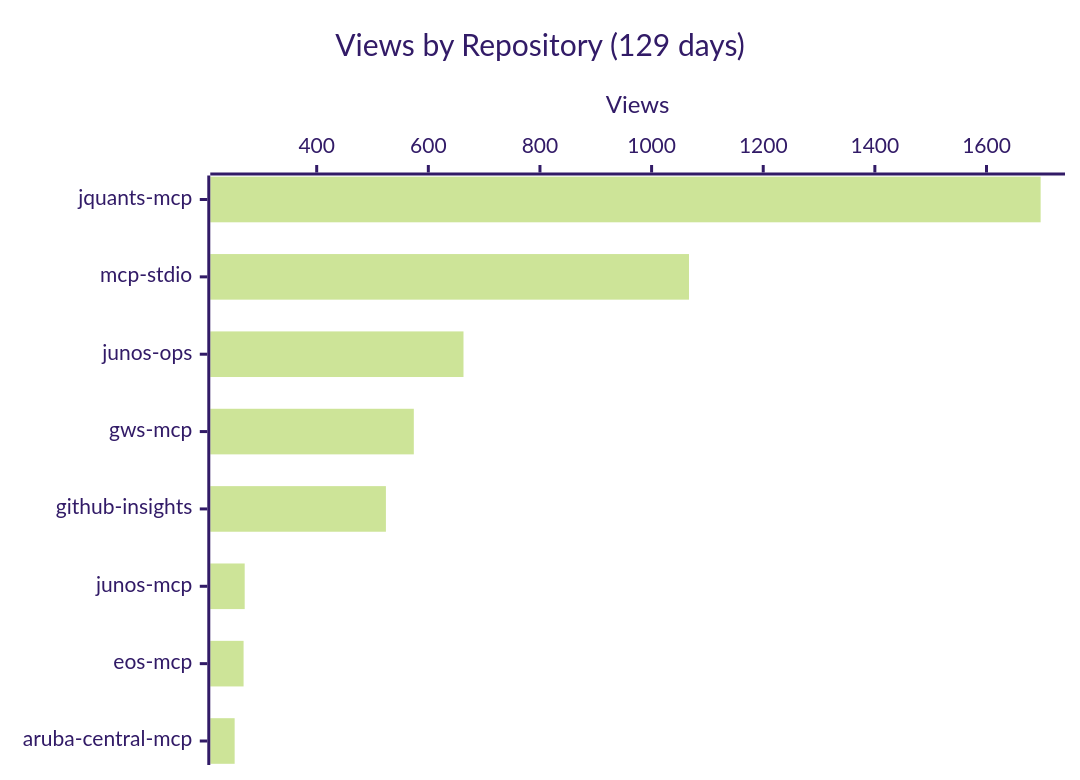
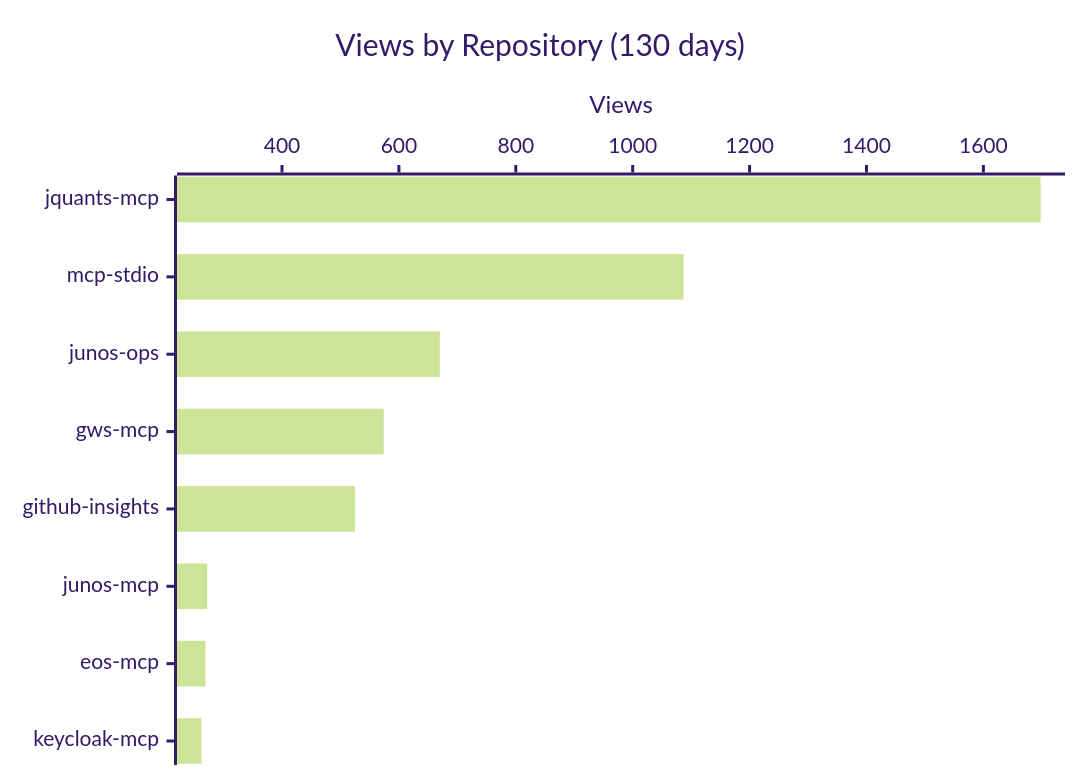
Before and after one commit to shigechika/github-insights: the first of 4 diagrams in README.md, drawn with Mermaid (forest theme). The commit also changed other lines of this file and 2 other files, not shown here.

````diff
--- a/README.md
+++ b/README.md
@@ -18,7 +18,7 @@
 ```mermaid
 xychart-beta horizontal
-    title "Views by Repository (129 days)"
-    x-axis ["jquants-mcp", "mcp-stdio", "junos-ops", "gws-mcp", "github-insights", "junos-mcp", "eos-mcp", "aruba-central-mcp"]
+    title "Views by Repository (130 days)"
+    x-axis ["jquants-mcp", "mcp-stdio", "junos-ops", "gws-mcp", "github-insights", "junos-mcp", "eos-mcp", "keycloak-mcp"]
     y-axis "Views"
-    bar [1697, 1067, 663, 574, 524, 271, 269, 253]
+    bar [1698, 1087, 670, 574, 525, 272, 269, 262]
 ```
````
